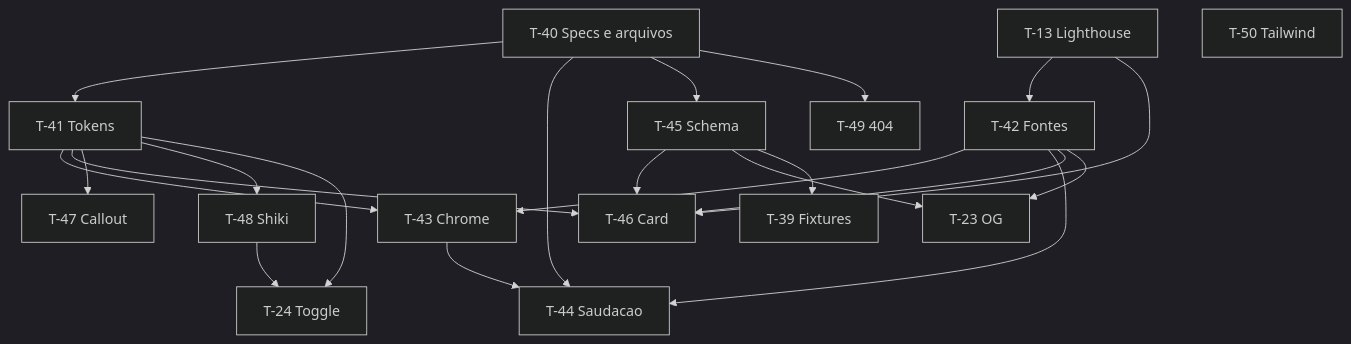
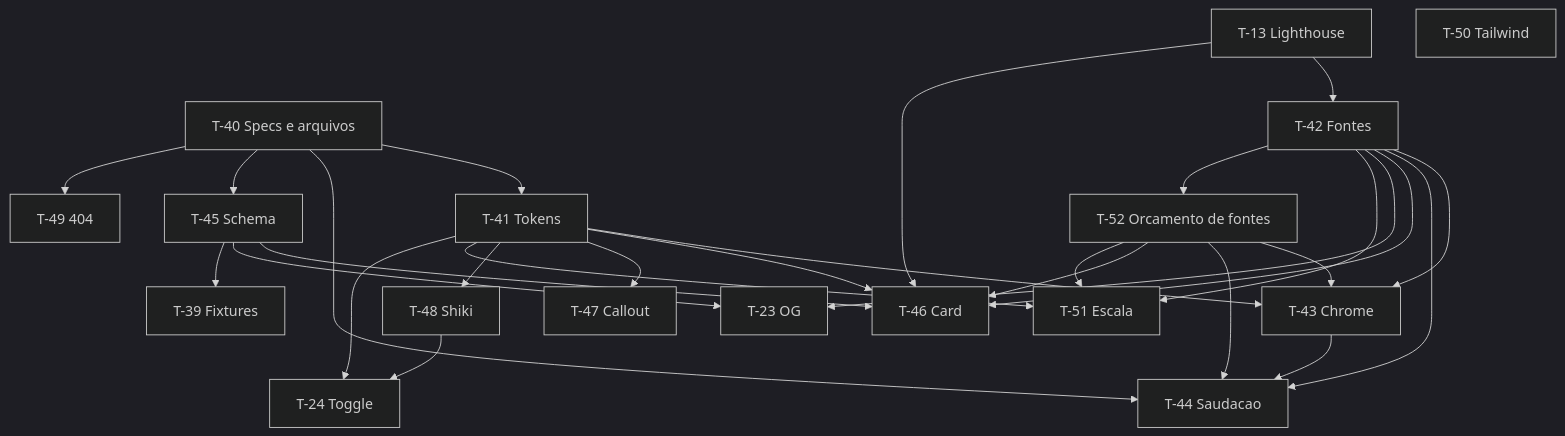
One commit to Pedroknoll/blog_pedro-knoll changed the second of 2 diagrams in specs/ROADMAP.md. Above: the diagram before and after it, drawn with Mermaid (dark theme). The commit also changed other lines of this file and 6 other files, not shown here.

````diff
--- a/specs/ROADMAP.md
+++ b/specs/ROADMAP.md
@@ -86,38 +86,47 @@
 ```mermaid
 flowchart TD
   T40[T-40 Specs e arquivos]
   T41[T-41 Tokens]
   T13[T-13 Lighthouse]
   T42[T-42 Fontes]
+  T51[T-51 Escala]
+  T52[T-52 Orcamento de fontes]
   T43[T-43 Chrome]
   T44[T-44 Saudacao]
   T45[T-45 Schema]
   T46[T-46 Card]
   T47[T-47 Callout]
   T48[T-48 Shiki]
   T49[T-49 404]
   T50[T-50 Tailwind]
   T23[T-23 OG]
   T24[T-24 Toggle]
   T39[T-39 Fixtures]
   T40 --> T41
   T40 --> T44
   T40 --> T45
   T40 --> T49
   T13 --> T42
   T41 --> T43
   T42 --> T43
   T43 --> T44
   T42 --> T44
   T13 --> T46
   T41 --> T46
   T42 --> T46
   T45 --> T46
   T41 --> T47
   T41 --> T48
   T45 --> T23
   T42 --> T23
+  T42 --> T51
+  T41 --> T51
+  T42 --> T52
+  T52 --> T43
+  T52 --> T44
+  T52 --> T46
+  T52 --> T51
   T45 --> T39
   T41 --> T24
   T48 --> T24
 ```
````
